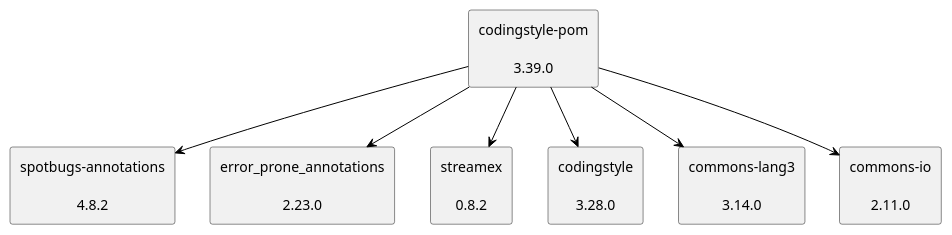
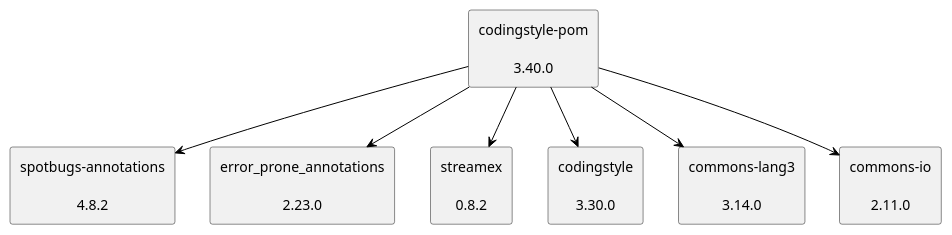
The diagram in doc/dependency-graph.puml (uhafner/codingstyle-pom), drawn with PlantUML before and after one commit.

Commit message:
Improve README.

```diff
--- a/doc/dependency-graph.puml
+++ b/doc/dependency-graph.puml
@@ -1,22 +1,22 @@
 @startuml
 skinparam defaultTextAlignment center
 skinparam rectangle {
   BackgroundColor<<optional>> beige
   BackgroundColor<<test>> lightGreen
   BackgroundColor<<runtime>> lightBlue
   BackgroundColor<<provided>> lightGray
 }
-rectangle "codingstyle-pom\n\n3.39.0" as edu_hm_hafner_codingstyle_pom_pom
+rectangle "codingstyle-pom\n\n3.40.0" as edu_hm_hafner_codingstyle_pom_pom
 rectangle "spotbugs-annotations\n\n4.8.2" as com_github_spotbugs_spotbugs_annotations_jar
 rectangle "error_prone_annotations\n\n2.23.0" as com_google_errorprone_error_prone_annotations_jar
 rectangle "streamex\n\n0.8.2" as one_util_streamex_jar
-rectangle "codingstyle\n\n3.28.0" as edu_hm_hafner_codingstyle_jar
+rectangle "codingstyle\n\n3.30.0" as edu_hm_hafner_codingstyle_jar
 rectangle "commons-lang3\n\n3.14.0" as org_apache_commons_commons_lang3_jar
 rectangle "commons-io\n\n2.11.0" as commons_io_commons_io_jar
 edu_hm_hafner_codingstyle_pom_pom -[#000000]-> com_github_spotbugs_spotbugs_annotations_jar
 edu_hm_hafner_codingstyle_pom_pom -[#000000]-> com_google_errorprone_error_prone_annotations_jar
 edu_hm_hafner_codingstyle_pom_pom -[#000000]-> one_util_streamex_jar
 edu_hm_hafner_codingstyle_pom_pom -[#000000]-> edu_hm_hafner_codingstyle_jar
 edu_hm_hafner_codingstyle_pom_pom -[#000000]-> org_apache_commons_commons_lang3_jar
 edu_hm_hafner_codingstyle_pom_pom -[#000000]-> commons_io_commons_io_jar
 @enduml
```
